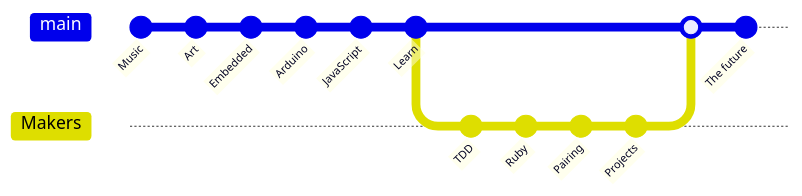
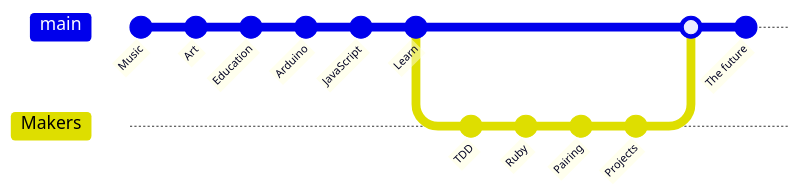
Before and after one commit to gawainhewitt/CV: the first of 2 diagrams in README.md, drawn with Mermaid.

Commit message:
refine graphic

````diff
--- a/README.md
+++ b/README.md
@@ -6,19 +6,19 @@
 ```mermaid
 
 gitGraph
        commit id: "Music"
        commit id: "Art"
-       commit id: "Embedded"
+       commit id: "Education"
        commit id: "Arduino"
        commit id: "JavaScript"
        commit id: "Learn"
        branch Makers
        checkout Makers
        commit id: "TDD"
        commit id: "Ruby"
        commit id: "Pairing"
        commit id: "Projects"
        checkout main
        merge Makers
        commit id: "The future"
 ```
````
